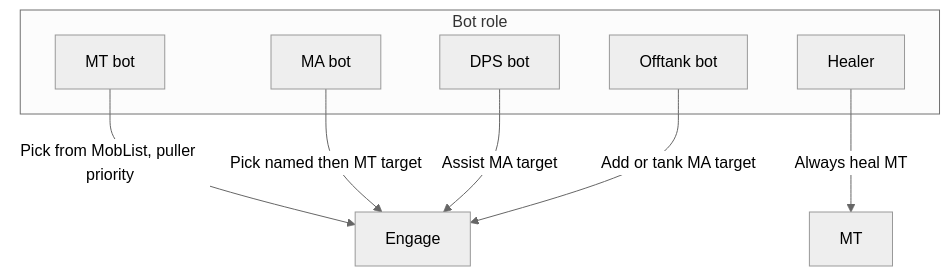
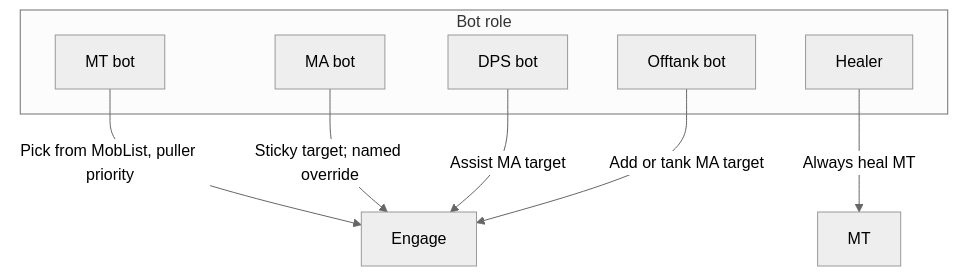
The second of 3 diagrams in docs/tank-and-assist-roles.md (Cezero/czbot), drawn with Mermaid (neutral theme) before and after one commit. The commit also changed other lines of this file and 5 other files, not shown here.

````diff
--- a/docs/tank-and-assist-roles.md
+++ b/docs/tank-and-assist-roles.md
@@ -77,15 +77,15 @@
 ```mermaid
 flowchart TB
     subgraph roles [Bot role]
         MTBot[MT bot]
         MABot[MA bot]
         DPS[DPS bot]
         OT[Offtank bot]
         Heal[Healer]
     end
     MTBot -->|"Pick from MobList, puller priority"| Engage
-    MABot -->|"Pick named then MT target"| Engage
+    MABot -->|"Sticky target; named override"| Engage
     DPS -->|"Assist MA target"| Engage
     OT -->|"Add or tank MA target"| Engage
     Heal -->|"Always heal MT"| MT
 ```
````
